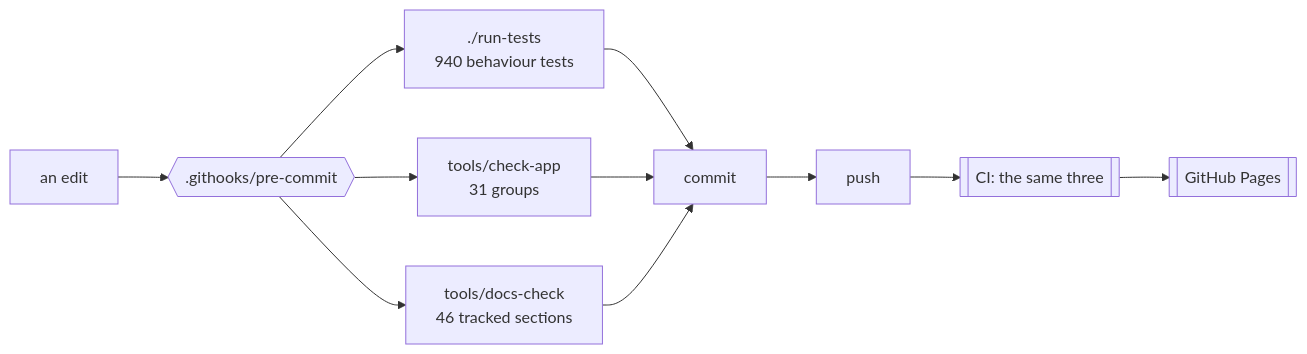
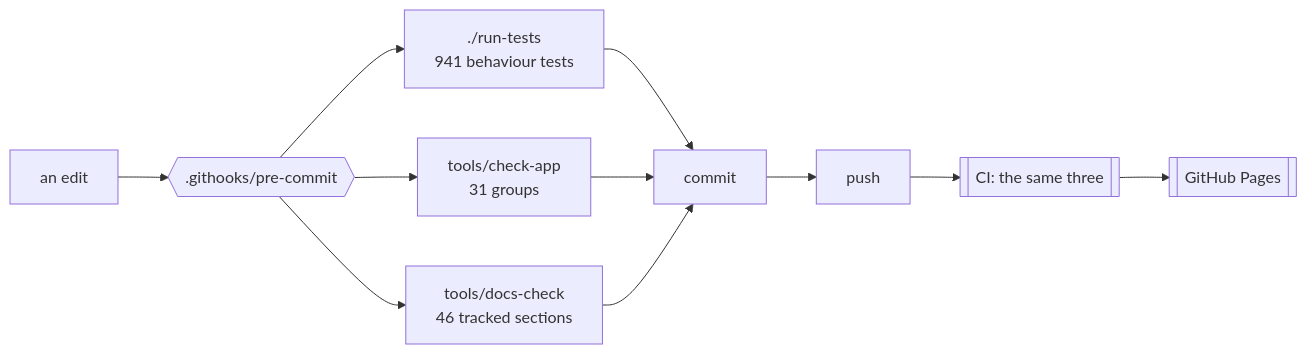
One commit to minormending/crystal-pilot-mobile changed the first of 3 diagrams in docs/DEVELOPING.md. Above: the diagram before and after it, drawn with Mermaid. The commit also changed other lines of this file and 10 other files, not shown here.

````diff
--- a/docs/DEVELOPING.md
+++ b/docs/DEVELOPING.md
@@ -15,12 +15,12 @@
 ```mermaid
 flowchart LR
     E[an edit] --> H{{".githooks/pre-commit"}}
-    H --> T["./run-tests<br/>940 behaviour tests"]
+    H --> T["./run-tests<br/>941 behaviour tests"]
     H --> C["tools/check-app<br/>31 groups"]
     H --> D["tools/docs-check<br/>46 tracked sections"]
     T --> OK[commit]
     C --> OK
     D --> OK
     OK --> P[push] --> CI[["CI: the same three"]]
     CI --> PG[[GitHub Pages]]
 ```
````
